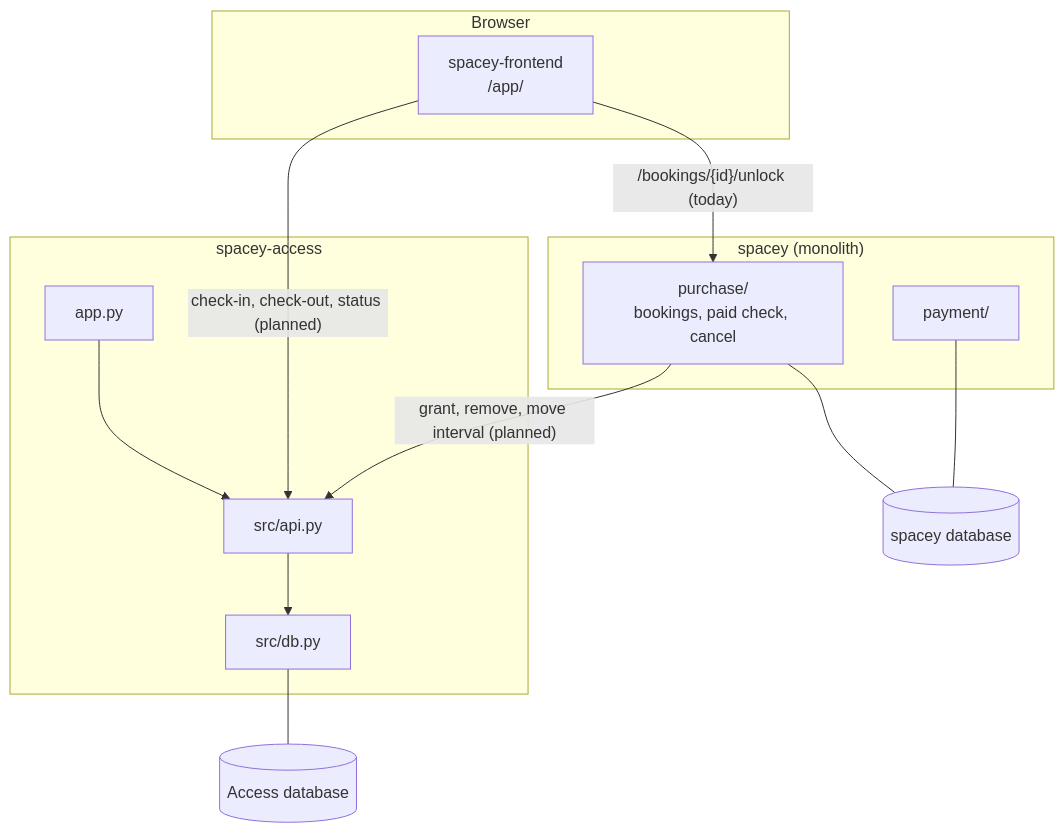
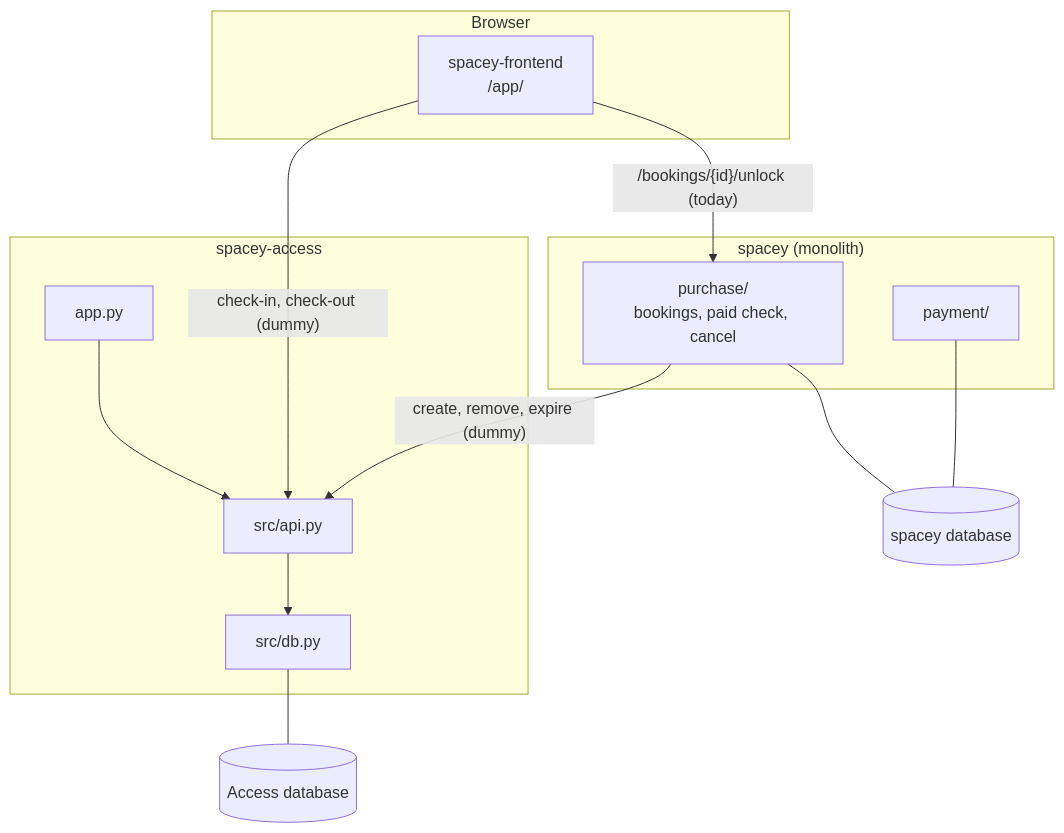
The first of 2 diagrams in docs/architecture.md (cs403bkk-2026/spacey-access), drawn with Mermaid before and after one commit. The commit also changed other lines of this file and 3 other files, not shown here.

````diff
--- a/docs/architecture.md
+++ b/docs/architecture.md
@@ -5,19 +5,19 @@
 ```mermaid
 flowchart TB
     subgraph Browser
         FE["spacey-frontend<br/>/app/"]
     end
     subgraph Spacey["spacey (monolith)"]
         PUR["purchase/<br/>bookings, paid check, cancel"]
         PAY["payment/"]
     end
     subgraph Access["spacey-access"]
         APP["app.py"] --> API["src/api.py"] --> DBM["src/db.py"]
     end
     FE -->|"/bookings/{id}/unlock (today)"| PUR
-    FE -->|"check-in, check-out, status (planned)"| API
-    PUR -->|"grant, remove, move interval (planned)"| API
+    FE -->|"check-in, check-out (dummy)"| API
+    PUR -->|"create, remove, expire (dummy)"| API
     PUR --- SDB[("spacey database")]
     PAY --- SDB
     DBM --- ADB[("Access database")]
 ```
````
